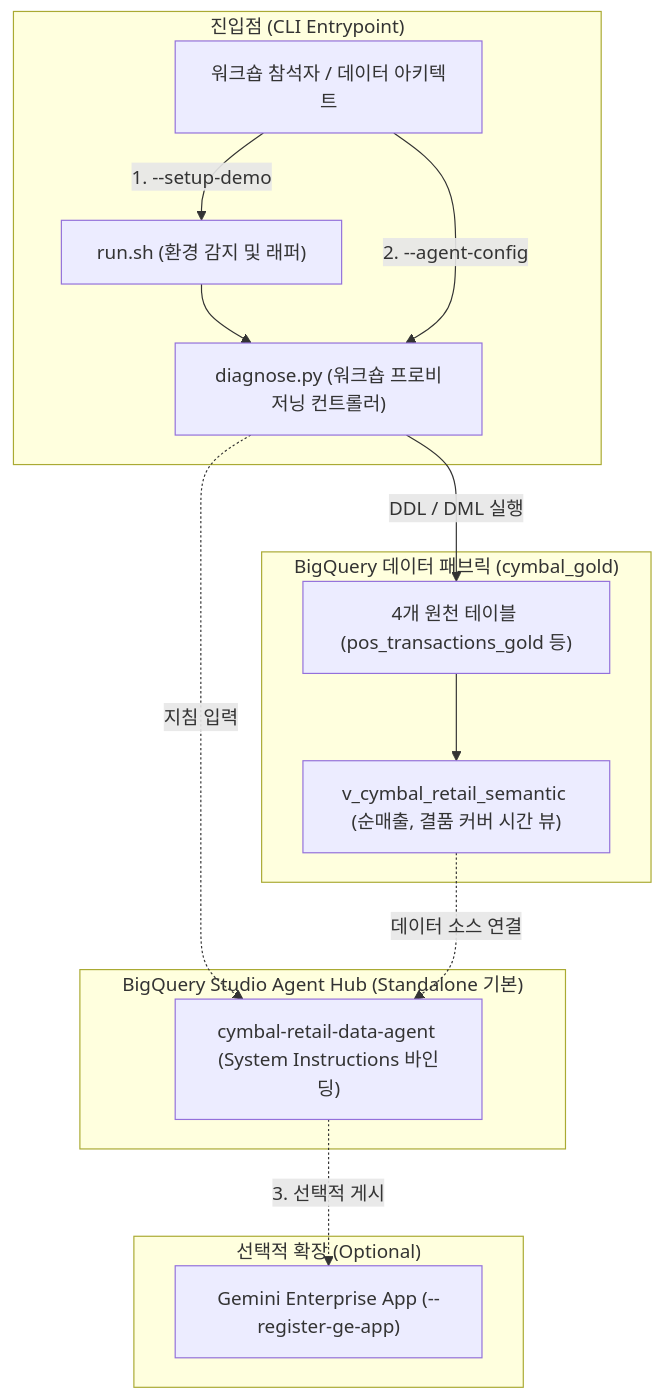
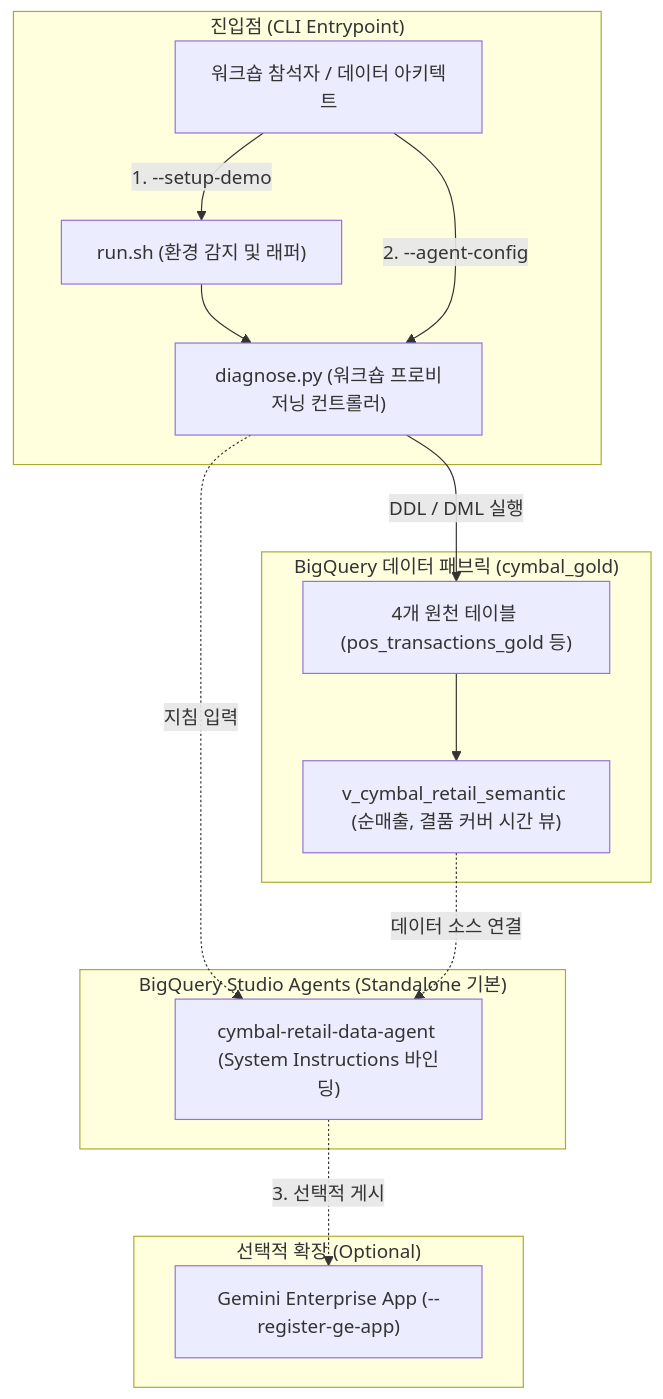
Before and after one commit to jiangjun-forge/google-cloud-0-to-1: the diagram in samples/bigquery-data-agent-starter/docs/TDD.md, drawn with Mermaid. The commit also changed other lines of this file and 3 other files, not shown here.

Commit message:
Fix Agent Hub terminology

````diff
--- a/samples/bigquery-data-agent-starter/docs/TDD.md
+++ b/samples/bigquery-data-agent-starter/docs/TDD.md
@@ -33,30 +33,30 @@
 ```mermaid
 flowchart TD
     subgraph CLI_Entry["진입점 (CLI Entrypoint)"]
         User["워크숍 참석자 / 데이터 아키텍트"]
         RunSh["run.sh (환경 감지 및 래퍼)"]
         DiagnosePy["diagnose.py (워크숍 프로비저닝 컨트롤러)"]
     end
 
     subgraph BigQuery_CymbalGold["BigQuery 데이터 패브릭 (cymbal_gold)"]
         RawTables["4개 원천 테이블 (pos_transactions_gold 등)"]
         SemanticView["v_cymbal_retail_semantic (순매출, 결품 커버 시간 뷰)"]
     end
 
-    subgraph Agent_Hub["BigQuery Studio Agent Hub (Standalone 기본)"]
+    subgraph Agent_Catalog["BigQuery Studio Agents (Standalone 기본)"]
         BQAgent["cymbal-retail-data-agent (System Instructions 바인딩)"]
     end
 
     subgraph Optional_Extensions["선택적 확장 (Optional)"]
         GEApp["Gemini Enterprise App (--register-ge-app)"]
     end
 
     User -->|1. --setup-demo| RunSh
     RunSh --> DiagnosePy
     DiagnosePy -->|DDL / DML 실행| RawTables
     RawTables --> SemanticView
     User -->|2. --agent-config| DiagnosePy
     DiagnosePy -.->|지침 입력| BQAgent
     SemanticView -.->|데이터 소스 연결| BQAgent
     BQAgent -.->|3. 선택적 게시| GEApp
 ```
````
